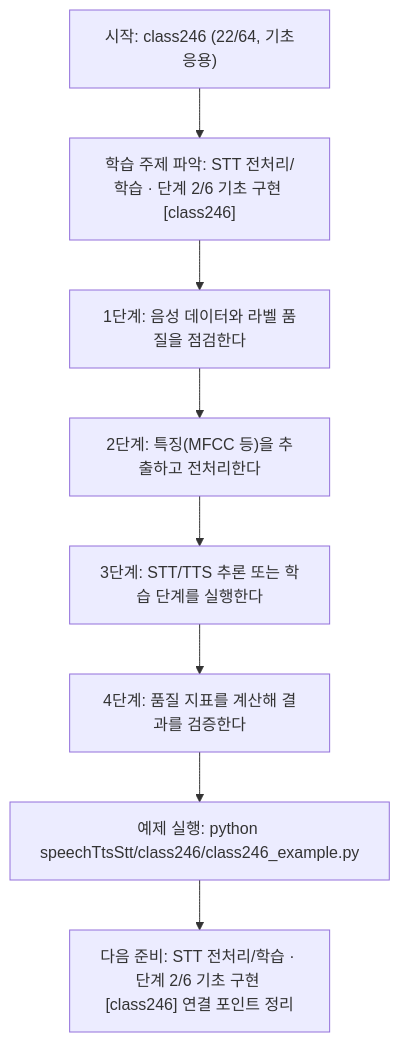
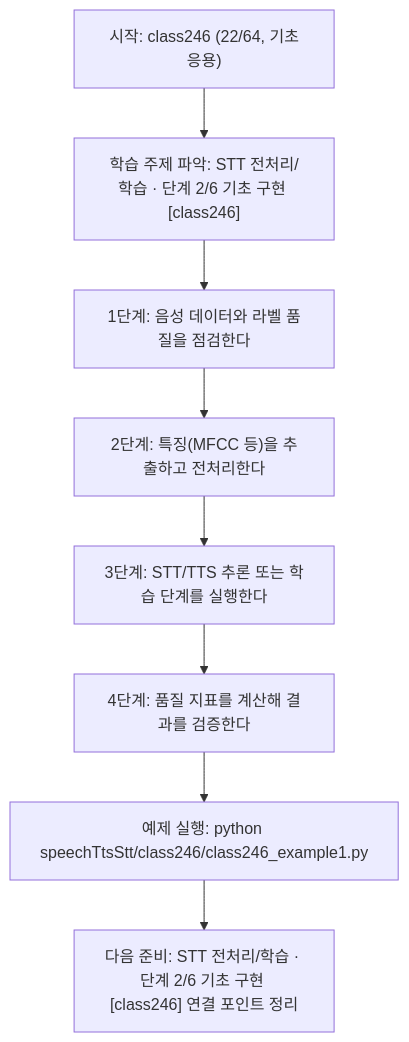
Before and after one commit to edumgt/Python-AI_Agent-Class: the diagram in speechTtsStt/class246/class246.md, drawn with Mermaid. The commit also changed other lines of this file and 2959 other files, not shown here.

````diff
--- a/speechTtsStt/class246/class246.md
+++ b/speechTtsStt/class246/class246.md
@@ -114,18 +114,18 @@
 ```mermaid
 flowchart TD
 N1["시작: class246 (22/64, 기초응용)"]
 N2["학습 주제 파악: STT 전처리/학습 · 단계 2/6 기초 구현 [class246]"]
 N3["1단계: 음성 데이터와 라벨 품질을 점검한다"]
 N4["2단계: 특징(MFCC 등)을 추출하고 전처리한다"]
 N5["3단계: STT/TTS 추론 또는 학습 단계를 실행한다"]
 N6["4단계: 품질 지표를 계산해 결과를 검증한다"]
-N7["예제 실행: python speechTtsStt/class246/class246_example.py"]
+N7["예제 실행: python speechTtsStt/class246/class246_example1.py"]
 N8["다음 준비: STT 전처리/학습 · 단계 2/6 기초 구현 [class246] 연결 포인트 정리"]
 N1 --> N2
 N2 --> N3
 N3 --> N4
 N4 --> N5
 N5 --> N6
 N6 --> N7
 N7 --> N8
 ```
````
